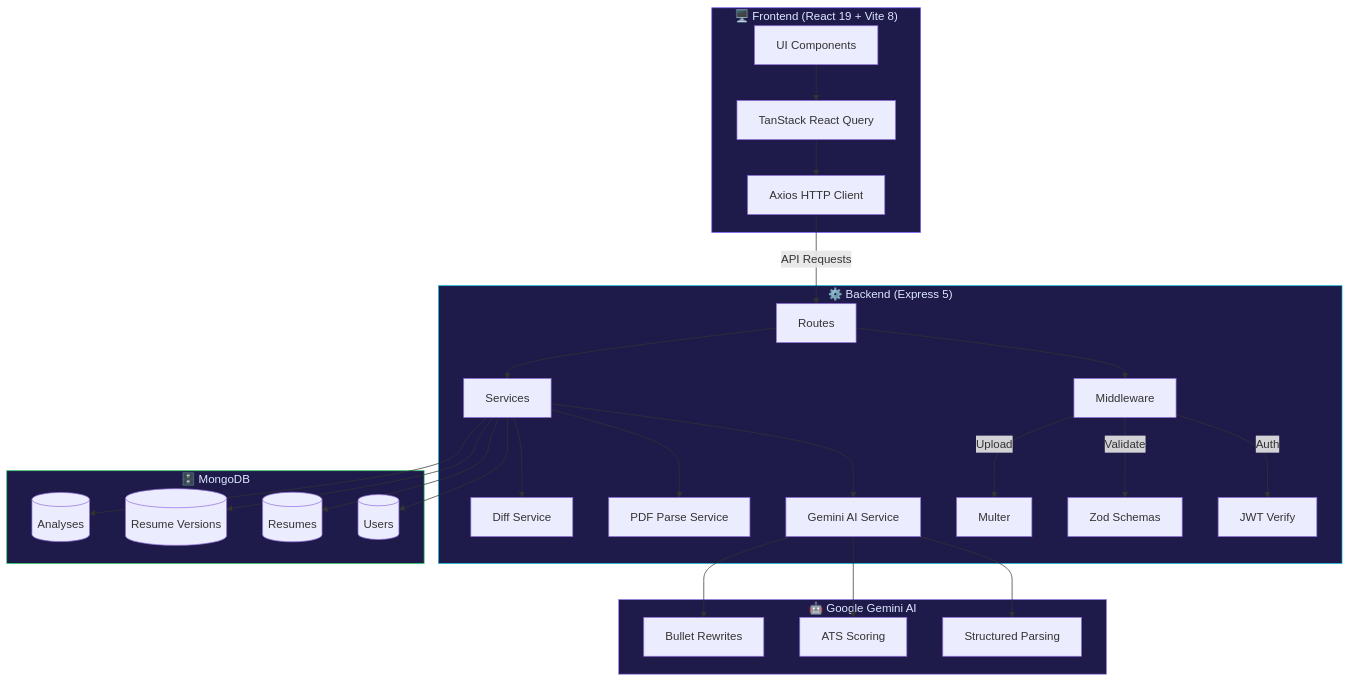
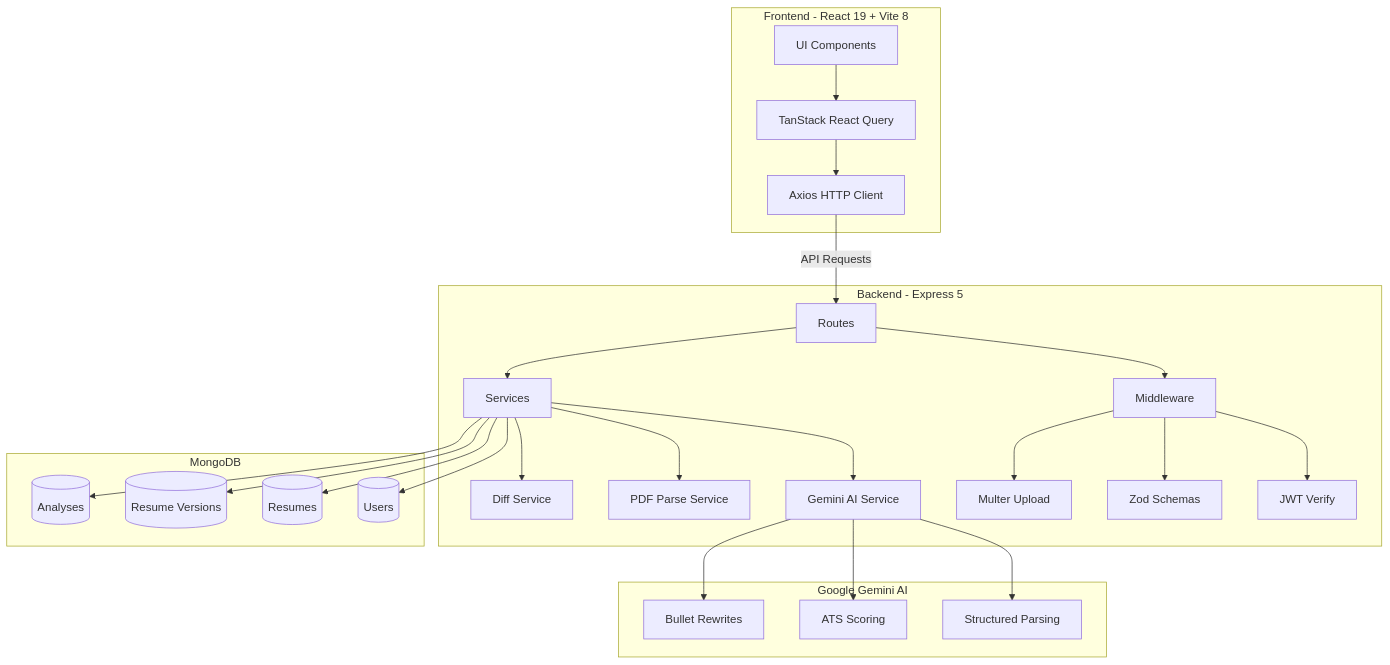
Before and after one commit to sailesh01-code/AI_Resume-Roster: the diagram in README.md, drawn with Mermaid. The commit also changed other lines of this file, not shown here.

Commit message:
fix: clean README and simplify Mermaid diagram for GitHub rendering

````diff
--- a/README.md
+++ b/README.md
@@ -115,45 +115,40 @@
 ```mermaid
 graph TB
-    subgraph Client ["🖥️ Frontend (React 19 + Vite 8)"]
-        UI[UI Components] --> RQ[TanStack React Query]
-        RQ --> AX[Axios HTTP Client]
+    subgraph Client["Frontend - React 19 + Vite 8"]
+        UI["UI Components"] --> RQ["TanStack React Query"]
+        RQ --> AX["Axios HTTP Client"]
     end
     
-    subgraph Server ["⚙️ Backend (Express 5)"]
-        RT[Routes] --> MW[Middleware]
-        MW --> |Auth| JWT[JWT Verify]
-        MW --> |Validate| ZOD[Zod Schemas]
-        MW --> |Upload| MUL[Multer]
-        RT --> SVC[Services]
-        SVC --> GEM[Gemini AI Service]
-        SVC --> PDF[PDF Parse Service]
-        SVC --> DIFF[Diff Service]
+    subgraph Server["Backend - Express 5"]
+        RT["Routes"] --> MW["Middleware"]
+        MW --> JWT["JWT Verify"]
+        MW --> ZOD["Zod Schemas"]
+        MW --> MUL["Multer Upload"]
+        RT --> SVC["Services"]
+        SVC --> GEM["Gemini AI Service"]
+        SVC --> PDF["PDF Parse Service"]
+        SVC --> DIFF["Diff Service"]
     end
     
-    subgraph Database ["🗄️ MongoDB"]
-        USR[(Users)]
-        RES[(Resumes)]
-        VER[(Resume Versions)]
-        ANA[(Analyses)]
+    subgraph Database["MongoDB"]
+        USR[("Users")]
+        RES[("Resumes")]
+        VER[("Resume Versions")]
+        ANA[("Analyses")]
     end
     
-    subgraph AI ["🤖 Google Gemini AI"]
-        PARSE[Structured Parsing]
-        SCORE[ATS Scoring]
-        REWRITE[Bullet Rewrites]
+    subgraph AI["Google Gemini AI"]
+        PARSE["Structured Parsing"]
+        SCORE["ATS Scoring"]
+        REWRITE["Bullet Rewrites"]
     end
     
-    AX -->|API Requests| RT
+    AX -->|"API Requests"| RT
     SVC --> USR
     SVC --> RES
     SVC --> VER
     SVC --> ANA
     GEM --> PARSE
     GEM --> SCORE
     GEM --> REWRITE
-
-    style Client fill:#1e1b4b,stroke:#7c5cfc,color:#e0e7ff
-    style Server fill:#1e1b4b,stroke:#06b6d4,color:#e0e7ff
-    style Database fill:#1e1b4b,stroke:#22c55e,color:#e0e7ff
-    style AI fill:#1e1b4b,stroke:#a78bfa,color:#e0e7ff
 ```
````
